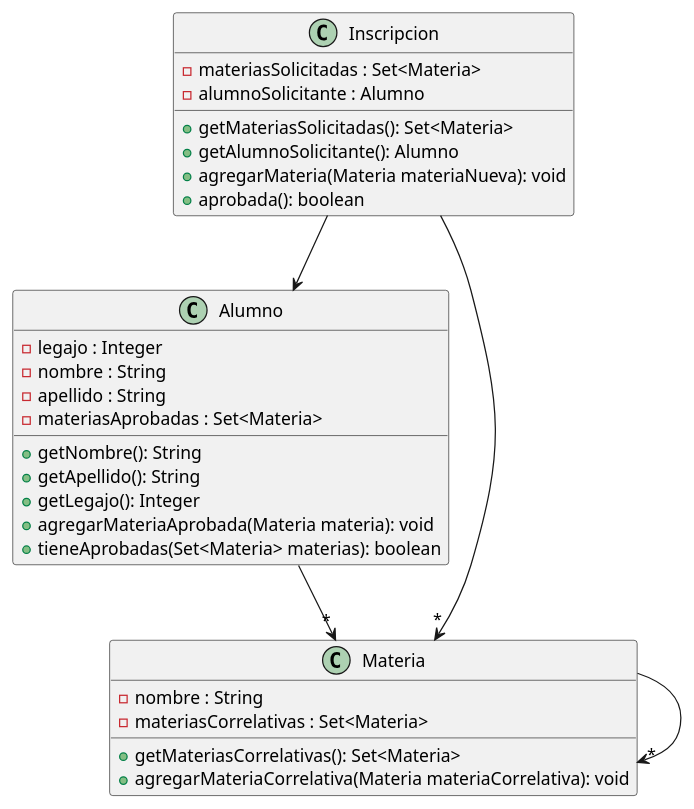
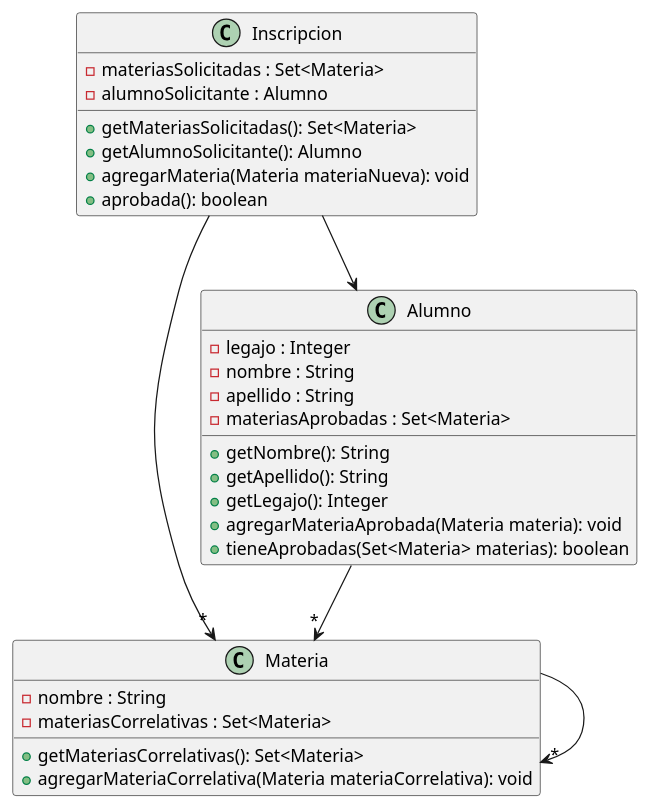
One commit to victoriamass/1.ValidadorDeCorrelativas changed the diagram in src/main/java/domain/ValidadorDeCorrelativas.puml. Above: the diagram before and after it, drawn with PlantUML.

Commit message:
ordenado

```diff
--- a/src/main/java/domain/ValidadorDeCorrelativas.puml
+++ b/src/main/java/domain/ValidadorDeCorrelativas.puml
@@ -1,36 +1,38 @@
 @startuml
+
+Inscripcion --> "*" Materia
+Materia --> "*" Materia
+Inscripcion --> Alumno
+Alumno --> "*" Materia
+
 class Inscripcion {
     - materiasSolicitadas : Set<Materia>
     - alumnoSolicitante : Alumno
 
     + getMateriasSolicitadas(): Set<Materia>
     + getAlumnoSolicitante(): Alumno
     + agregarMateria(Materia materiaNueva): void
     + aprobada(): boolean
 }
 
 class Alumno {
     - legajo : Integer
     - nombre : String
     - apellido : String
     - materiasAprobadas : Set<Materia>
 
     + getNombre(): String
     + getApellido(): String
     + getLegajo(): Integer
     + agregarMateriaAprobada(Materia materia): void
     + tieneAprobadas(Set<Materia> materias): boolean
 }
 
 class Materia {
     - nombre : String
     - materiasCorrelativas : Set<Materia>
 
     + getMateriasCorrelativas(): Set<Materia>
     + agregarMateriaCorrelativa(Materia materiaCorrelativa): void
 }
-Inscripcion --> "*" Materia
-Materia --> "*" Materia
-Inscripcion --> Alumno
-Alumno --> "*" Materia
 @enduml
```
